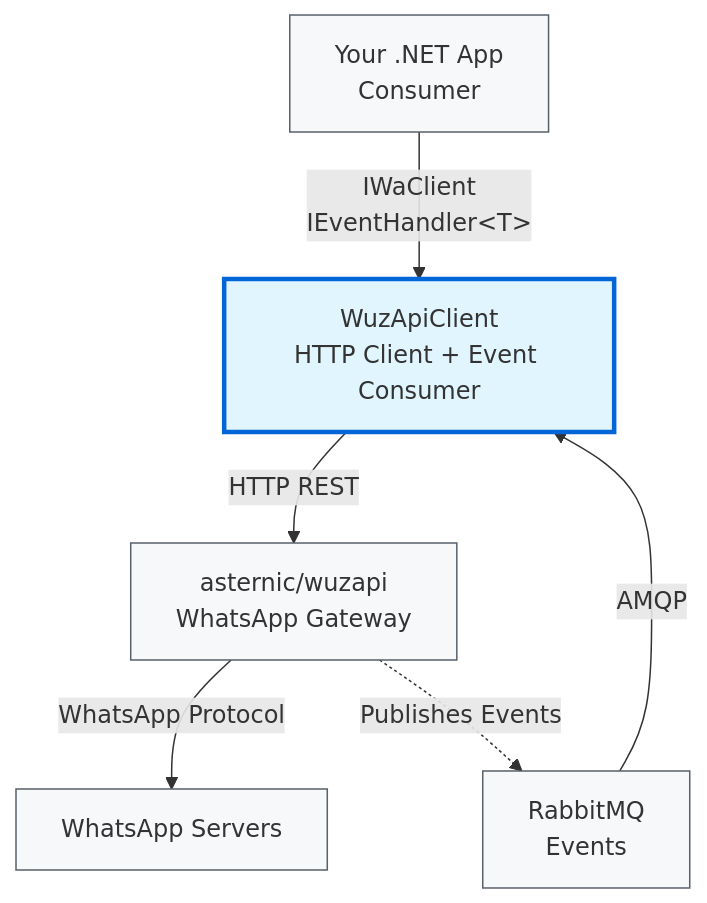
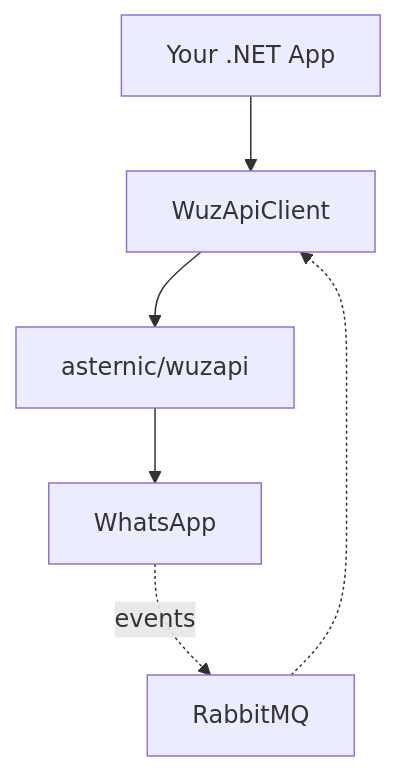
The diagram in docs/intro/overview.md (vperim/wuzapi-client), drawn with Mermaid before and after one commit. The commit also changed other lines of this file and 9 other files, not shown here.

Commit message:
Trim docs, add Mermaid diagrams, add navigation indexes, remove duplication

````diff
--- a/docs/intro/overview.md
+++ b/docs/intro/overview.md
@@ -70,20 +42,8 @@
 ```mermaid
 graph TD
-    A[Your .NET App<br/>Consumer]
-    B[WuzApiClient<br/>HTTP Client + Event Consumer]
-    C[asternic/wuzapi<br/>WhatsApp Gateway]
-    D[WhatsApp Servers]
-    E[RabbitMQ<br/>Events]
-
-    A -->|IWaClient<br/>IEventHandler&lt;T&gt;| B
-    B -->|HTTP REST| C
-    C -->|WhatsApp Protocol| D
-    E -->|AMQP| B
-    C -.->|Publishes Events| E
-
-    style B fill:#e1f5ff,stroke:#0366d6,stroke-width:3px
-    style A fill:#f6f8fa,stroke:#586069
-    style C fill:#f6f8fa,stroke:#586069
-    style D fill:#f6f8fa,stroke:#586069
-    style E fill:#f6f8fa,stroke:#586069
+    A[Your .NET App] --> B[WuzApiClient]
+    B --> C[asternic/wuzapi]
+    C --> D[WhatsApp]
+    D -.->|events| E[RabbitMQ]
+    E -.-> B
 ```
````
